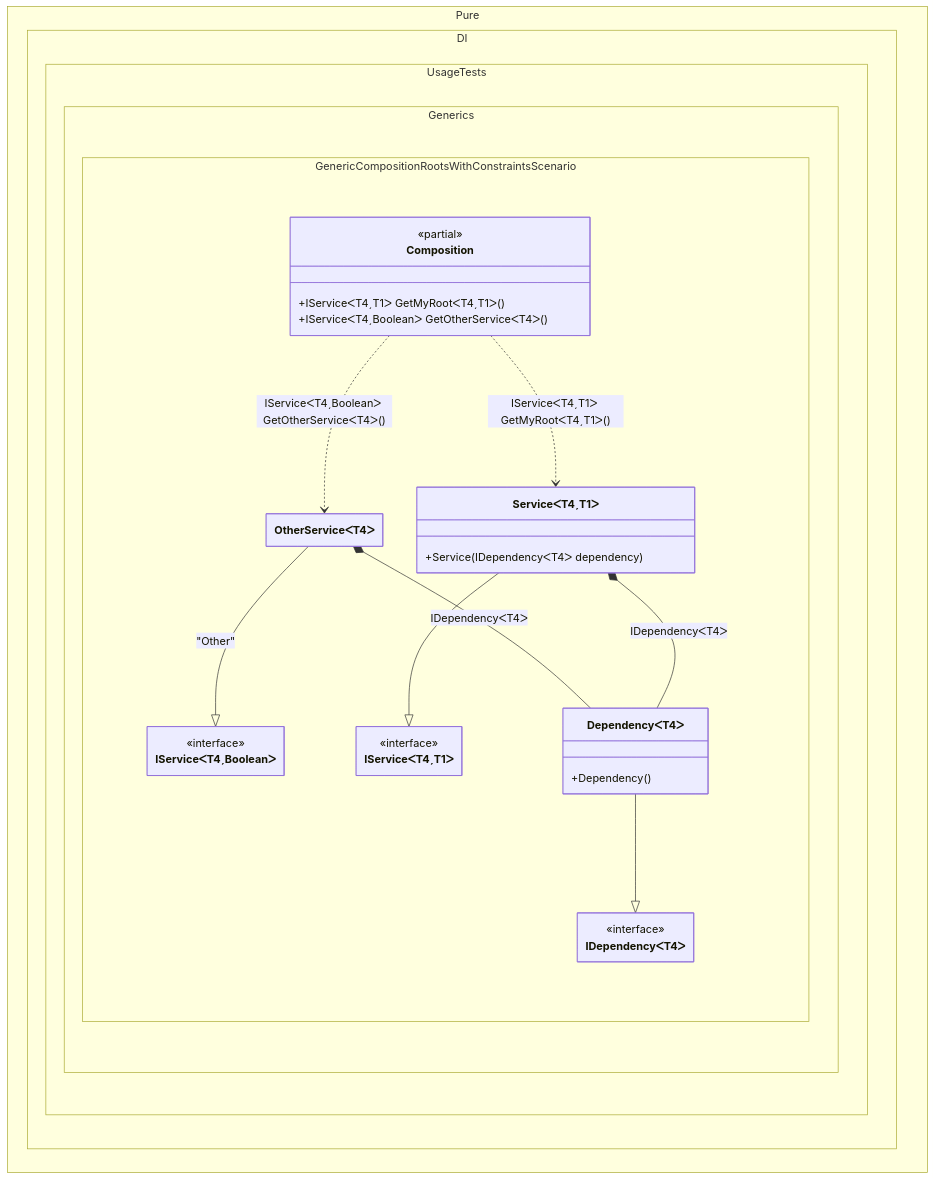
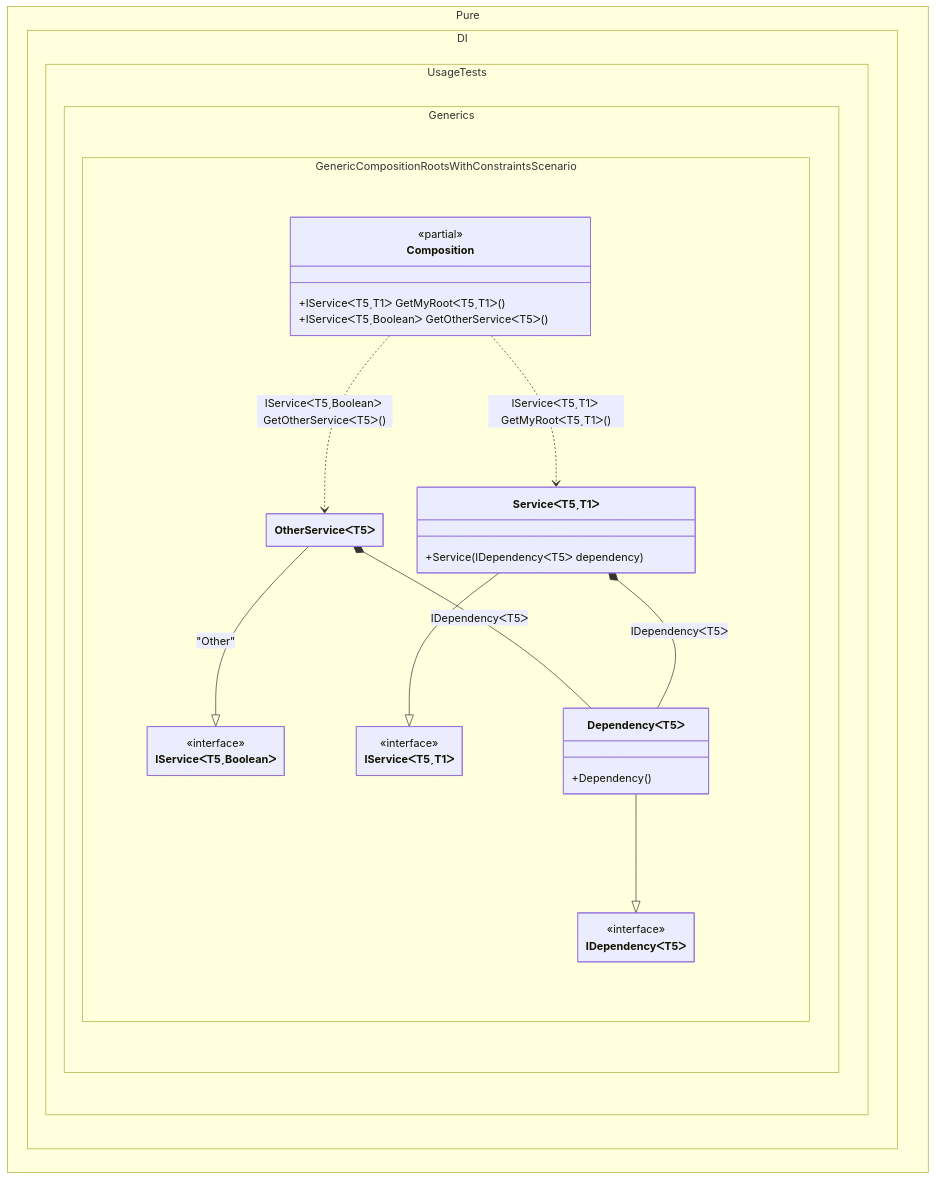
One commit to DevTeam/Pure.DI changed the diagram in readme/generic-composition-roots-with-constraints.md. Above: the diagram before and after it, drawn with Mermaid. The commit also changed other lines of this file and 70 other files, not shown here.

````diff
--- a/readme/generic-composition-roots-with-constraints.md
+++ b/readme/generic-composition-roots-with-constraints.md
@@ -130,39 +130,39 @@
 ```mermaid
 ---
  config:
   class:
    hideEmptyMembersBox: true
 ---
 classDiagram
-	OtherServiceᐸT4ᐳ --|> IServiceᐸT4ˏBooleanᐳ : "Other" 
-	ServiceᐸT4ˏT1ᐳ --|> IServiceᐸT4ˏT1ᐳ
-	DependencyᐸT4ᐳ --|> IDependencyᐸT4ᐳ
-	Composition ..> OtherServiceᐸT4ᐳ : IServiceᐸT4ˏBooleanᐳ GetOtherServiceᐸT4ᐳ()
-	Composition ..> ServiceᐸT4ˏT1ᐳ : IServiceᐸT4ˏT1ᐳ GetMyRootᐸT4ˏT1ᐳ()
-	OtherServiceᐸT4ᐳ *--  DependencyᐸT4ᐳ : IDependencyᐸT4ᐳ
-	ServiceᐸT4ˏT1ᐳ *--  DependencyᐸT4ᐳ : IDependencyᐸT4ᐳ
+	OtherServiceᐸT5ᐳ --|> IServiceᐸT5ˏBooleanᐳ : "Other" 
+	ServiceᐸT5ˏT1ᐳ --|> IServiceᐸT5ˏT1ᐳ
+	DependencyᐸT5ᐳ --|> IDependencyᐸT5ᐳ
+	Composition ..> OtherServiceᐸT5ᐳ : IServiceᐸT5ˏBooleanᐳ GetOtherServiceᐸT5ᐳ()
+	Composition ..> ServiceᐸT5ˏT1ᐳ : IServiceᐸT5ˏT1ᐳ GetMyRootᐸT5ˏT1ᐳ()
+	OtherServiceᐸT5ᐳ *--  DependencyᐸT5ᐳ : IDependencyᐸT5ᐳ
+	ServiceᐸT5ˏT1ᐳ *--  DependencyᐸT5ᐳ : IDependencyᐸT5ᐳ
 	namespace Pure.DI.UsageTests.Generics.GenericCompositionRootsWithConstraintsScenario {
 		class Composition {
 		<<partial>>
-		+IServiceᐸT4ˏT1ᐳ GetMyRootᐸT4ˏT1ᐳ()
-		+IServiceᐸT4ˏBooleanᐳ GetOtherServiceᐸT4ᐳ()
+		+IServiceᐸT5ˏT1ᐳ GetMyRootᐸT5ˏT1ᐳ()
+		+IServiceᐸT5ˏBooleanᐳ GetOtherServiceᐸT5ᐳ()
 		}
-		class DependencyᐸT4ᐳ {
+		class DependencyᐸT5ᐳ {
 			+Dependency()
 		}
-		class IDependencyᐸT4ᐳ {
+		class IDependencyᐸT5ᐳ {
 			<<interface>>
 		}
-		class IServiceᐸT4ˏBooleanᐳ {
+		class IServiceᐸT5ˏBooleanᐳ {
 			<<interface>>
 		}
-		class IServiceᐸT4ˏT1ᐳ {
+		class IServiceᐸT5ˏT1ᐳ {
 			<<interface>>
 		}
-		class OtherServiceᐸT4ᐳ {
+		class OtherServiceᐸT5ᐳ {
 		}
-		class ServiceᐸT4ˏT1ᐳ {
-			+Service(IDependencyᐸT4ᐳ dependency)
+		class ServiceᐸT5ˏT1ᐳ {
+			+Service(IDependencyᐸT5ᐳ dependency)
 		}
 	}
 ```
````
